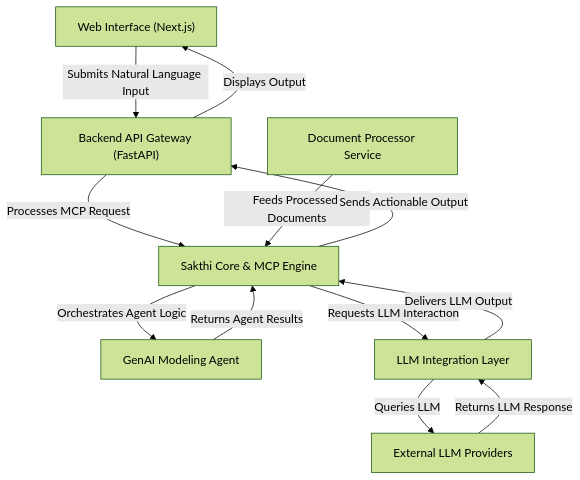
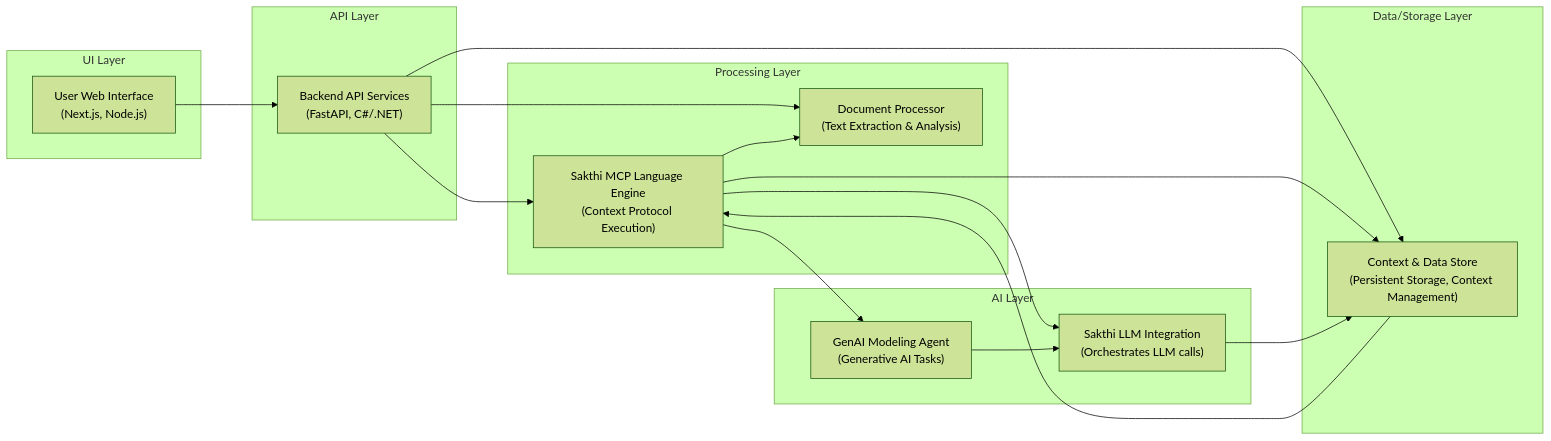
One commit to ramamurthy-540835/sakthi-platform changed the diagram in docs/architecture.mmd. Above: the diagram before and after it, drawn with Mermaid (forest theme).

```diff
--- a/docs/architecture.mmd
+++ b/docs/architecture.mmd
@@ -1,19 +1,37 @@
-flowchart TD
-  A["Web Interface (Next.js)"]
-  B["Backend API Gateway (FastAPI)"]
-  C["Sakthi Core & MCP Engine"]
-  D["GenAI Modeling Agent"]
-  E["Document Processor Service"]
-  F["LLM Integration Layer"]
-  G["External LLM Providers"]
-  A -->|"Submits Natural Language Input"| B
-  B -->|"Processes MCP Request"| C
-  E -->|"Feeds Processed Documents"| C
-  C -->|"Orchestrates Agent Logic"| D
-  C -->|"Requests LLM Interaction"| F
-  F -->|"Queries LLM"| G
-  G -->|"Returns LLM Response"| F
-  F -->|"Delivers LLM Output"| C
-  D -->|"Returns Agent Results"| C
-  C -->|"Sends Actionable Output"| B
-  B -->|"Displays Output"| A
+%%{init: {'flowchart': {'nodeSpacing': 50, 'rankSpacing': 70}}}%%
+flowchart LR
+  subgraph UI_Layer ["UI Layer"]
+    A["User Web Interface
+(Next.js, Node.js)"]
+  end
+  subgraph API_Layer ["API Layer"]
+    B["Backend API Services
+(FastAPI, C#/.NET)"]
+  end
+  subgraph Processing_Layer ["Processing Layer"]
+    C["Sakthi MCP Language Engine
+(Context Protocol Execution)"]
+    F["Document Processor
+(Text Extraction & Analysis)"]
+  end
+  subgraph AI_Layer ["AI Layer"]
+    D["Sakthi LLM Integration
+(Orchestrates LLM calls)"]
+    E["GenAI Modeling Agent
+(Generative AI Tasks)"]
+  end
+  subgraph Data_Storage_Layer ["Data/Storage Layer"]
+    G["Context & Data Store
+(Persistent Storage, Context Management)"]
+  end
+  A --> B
+  B --> C
+  B --> F
+  B --> G
+  C --> D
+  C --> E
+  C --> F
+  C --> G
+  G --> C
+  E --> D
+  D --> G
```
